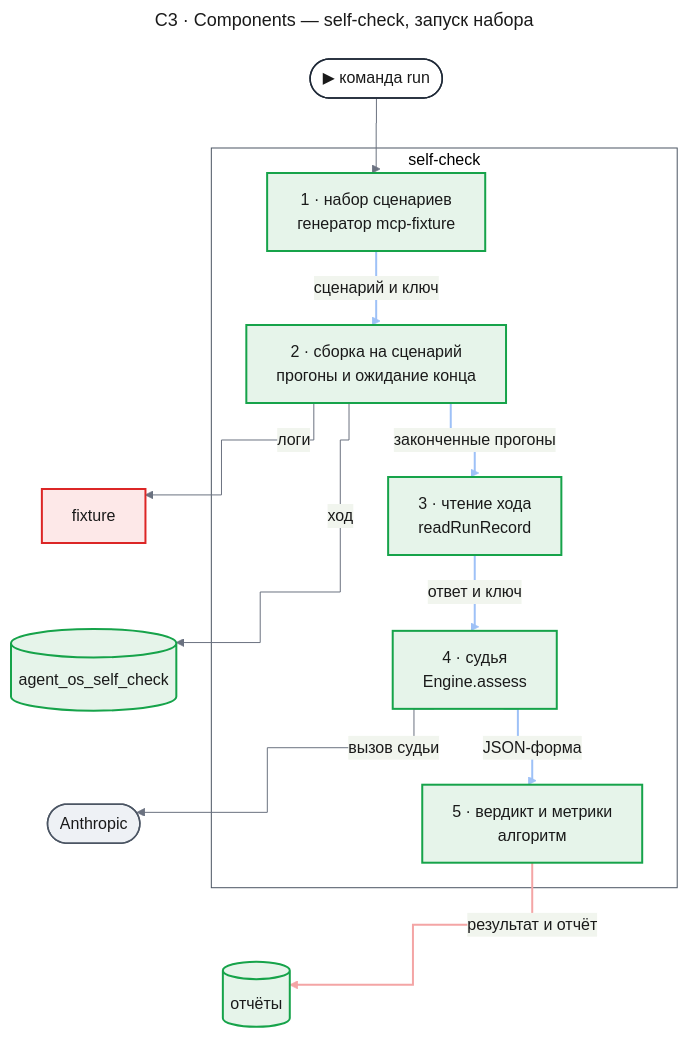
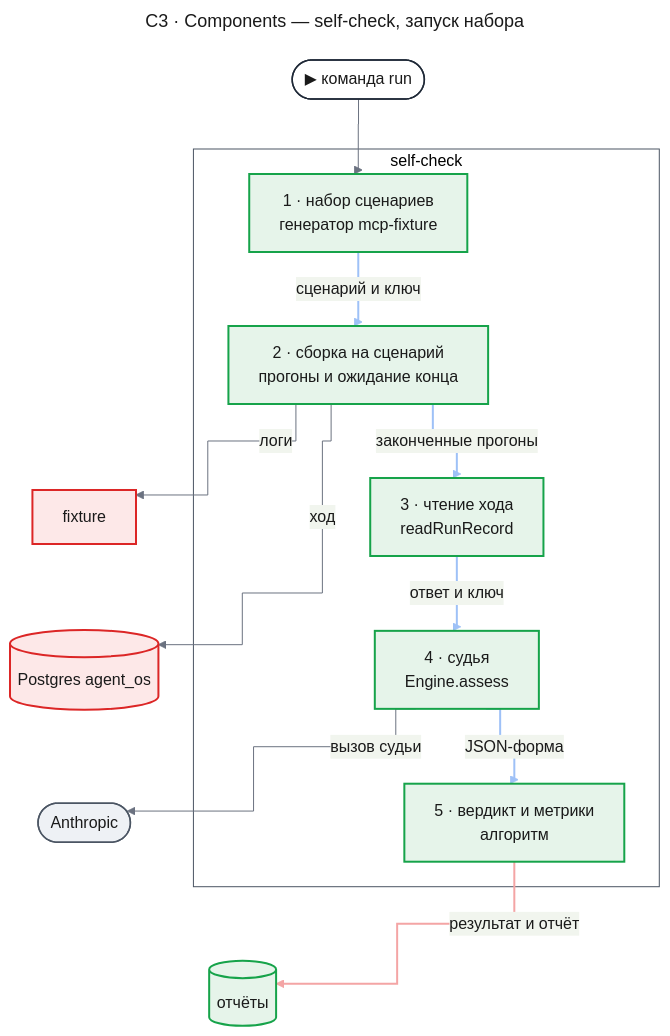
One commit to tundraray/agent-os changed the third of 13 diagrams in docs/features/agent-quality/design-self-check.md. Above: the diagram before and after it, drawn with Mermaid. The commit also changed other lines of this file and 7 other files, not shown here.

````diff
--- a/docs/features/agent-quality/design-self-check.md
+++ b/docs/features/agent-quality/design-self-check.md
@@ -292,61 +290,61 @@
 ```mermaid
 ---
 title: "C3 · Components — self-check, запуск набора"
 config:
   theme: base
   look: classic
   themeVariables:
     primaryColor: "#eef1f5"
     primaryBorderColor: "#4b5563"
     primaryTextColor: "#1a1a1a"
     lineColor: "#6b7280"
   flowchart:
     curve: step
   themeCSS: |
     @keyframes litr_c3s{0%,18%{stroke:#1d4ed8;stroke-width:6px}20%,100%{stroke:#9ec1f7;stroke-width:2px}}
     @keyframes lit_c3s{0%,18%{stroke:#991b1b;stroke-width:6px}20%,100%{stroke:#f4a5a5;stroke-width:2px}}
 ---
 flowchart TB
     entry(["▶ команда run"])
     subgraph sc["self-check"]
         n1["1 · набор сценариев<br/>генератор mcp-fixture"]
         n2["2 · сборка на сценарий<br/>прогоны и ожидание конца"]
         n3["3 · чтение хода<br/>readRunRecord"]
         n4["4 · судья<br/>Engine.assess"]
         n5["5 · вердикт и метрики<br/>алгоритм"]
     end
     fx["fixture"]
-    scdb[("agent_os_self_check")]
+    scdb[("Postgres agent_os")]
     anth(["Anthropic"])
     files[("отчёты")]
     fx ~~~ scdb ~~~ anth ~~~ files
     entry --> n1
     n1 e1@-->|"сценарий и ключ"| n2
     n2 e2@-->|"законченные прогоны"| n3
     n3 e3@-->|"ответ и ключ"| n4
     n4 e4@-->|"JSON-форма"| n5
     n5 e5@-->|"результат и отчёт"| files
     n2 -->|"логи"| fx
     n2 -->|"ход"| scdb
     n4 -->|"вызов судьи"| anth
     classDef entry fill:#ffffff,stroke:#1f2937,stroke-width:1.5px,color:#1a1a1a
     classDef changed fill:#fde8e8,stroke:#dc2626,stroke-width:2px,color:#1a1a1a
     classDef new fill:#e6f4ea,stroke:#16a34a,stroke-width:2px,color:#1a1a1a
     classDef unchanged fill:#eef1f5,stroke:#4b5563,stroke-width:1.5px,color:#1a1a1a
     classDef frame fill:none,stroke:#4b5563,stroke-width:1px
     classDef r1 stroke:#9ec1f7,stroke-width:2px,animation:litr_c3s 6s linear 0s infinite
     classDef r2 stroke:#9ec1f7,stroke-width:2px,animation:litr_c3s 6s linear 1.2s infinite
     classDef r3 stroke:#9ec1f7,stroke-width:2px,animation:litr_c3s 6s linear 2.4s infinite
     classDef r4 stroke:#9ec1f7,stroke-width:2px,animation:litr_c3s 6s linear 3.6s infinite
     classDef w5 stroke:#f4a5a5,stroke-width:2px,animation:lit_c3s 6s linear 4.8s infinite
     class entry entry
-    class n1,n2,n3,n4,n5,scdb,files new
-    class fx changed
+    class n1,n2,n3,n4,n5,files new
+    class fx,scdb changed
     class anth unchanged
     class sc frame
     class e1 r1
     class e2 r2
     class e3 r3
     class e4 r4
     class e5 w5
 ```
````
